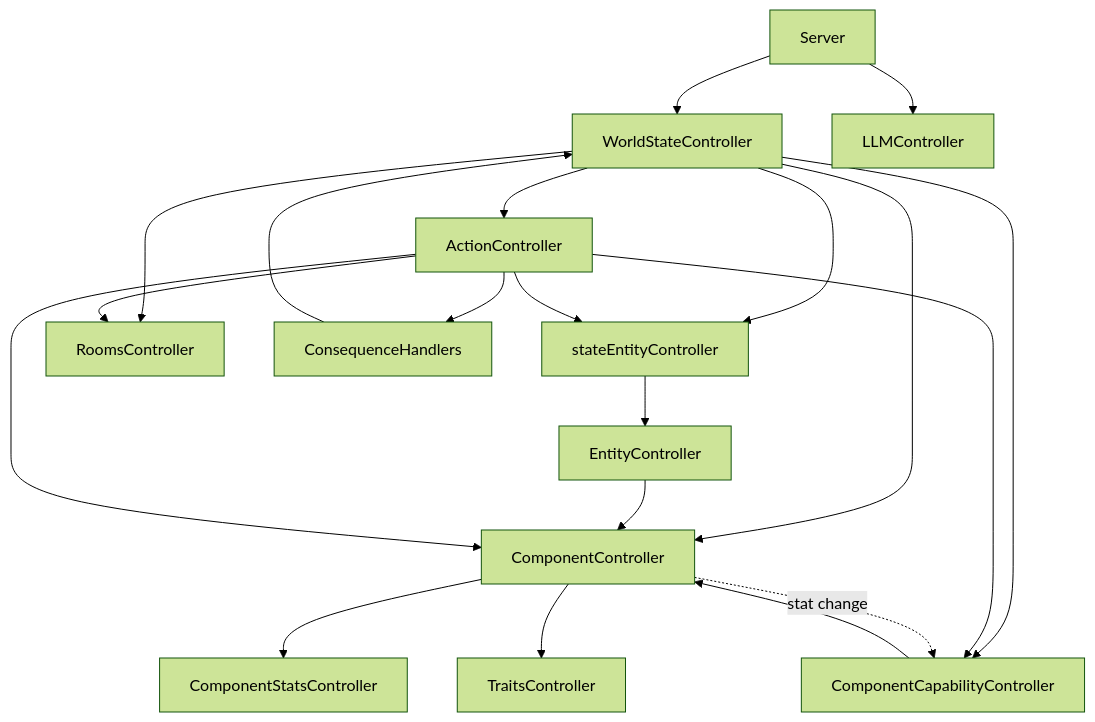
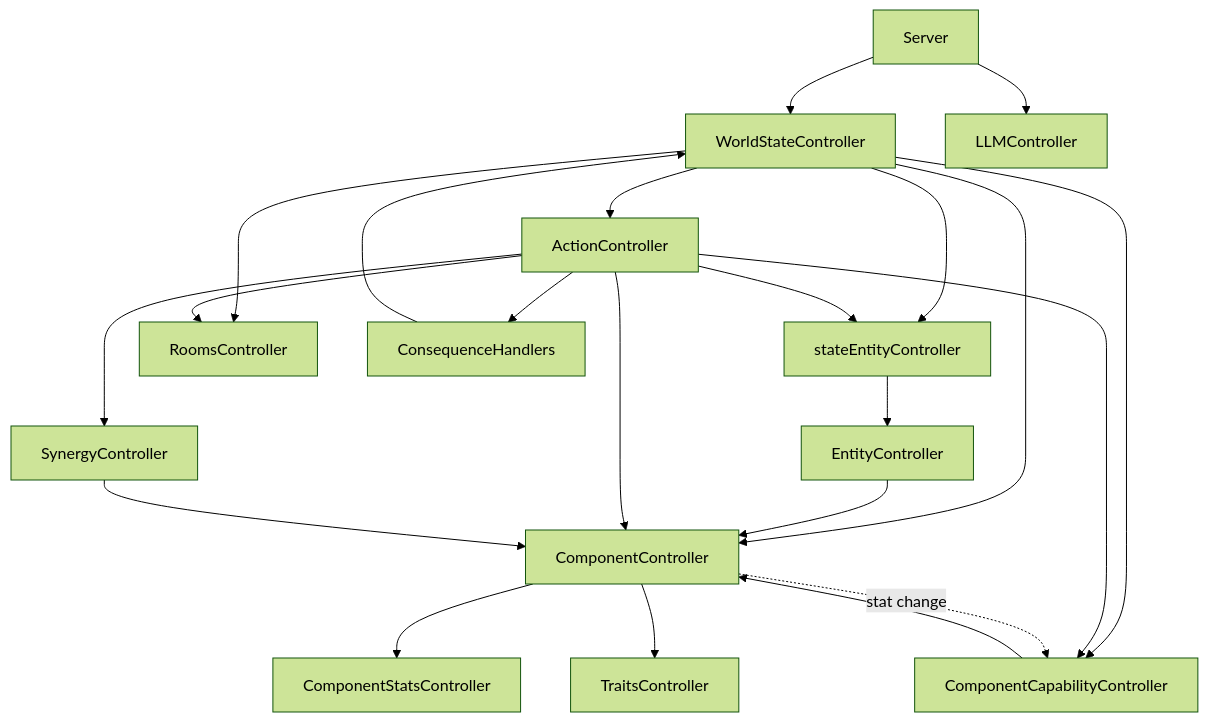
The diagram in wiki/map.md (Rhuan-P-Dev/slopSimulacrum), drawn with Mermaid (forest theme) before and after one commit. The commit also changed other lines of this file and 10 other files, not shown here.

````diff
--- a/wiki/map.md
+++ b/wiki/map.md
@@ -13,53 +13,56 @@
 ```mermaid
 graph TD
     %% Root
     WSC[WorldStateController]
 
     %% Data Level
     CSC[ComponentStatsController]
     TC[TraitsController]
 
     %% Logic Level
     CC[ComponentController]
     EC[EntityController]
 
     %% Instance Level
     SEC[stateEntityController]
     RC[RoomsController]
 
     %% Action Layer
     AC[ActionController]
     CCC[ComponentCapabilityController]
     CH[ConsequenceHandlers]
+    SC[SynergyController]
 
     %% LLM Layer (Parallel)
     LLMC[LLMController]
     SVR[Server]
 
     %% Relationships
     SVR --> LLMC
     SVR --> WSC
     
     WSC --> RC
     WSC --> SEC
     WSC --> CC
     WSC --> AC
     WSC --> CCC
 
     AC --> CH
     AC --> CCC
+    AC --> SC
     CH --> WSC
 
     SEC --> EC
     EC --> CC
     CC --> CSC
     CC --> TC
     
     AC --> SEC
     AC --> CC
     AC --> RC
     CCC --> CC
+    SC --> CC
     
     %% Stat change notification
     CC -.->|stat change| CCC
 ```
````
